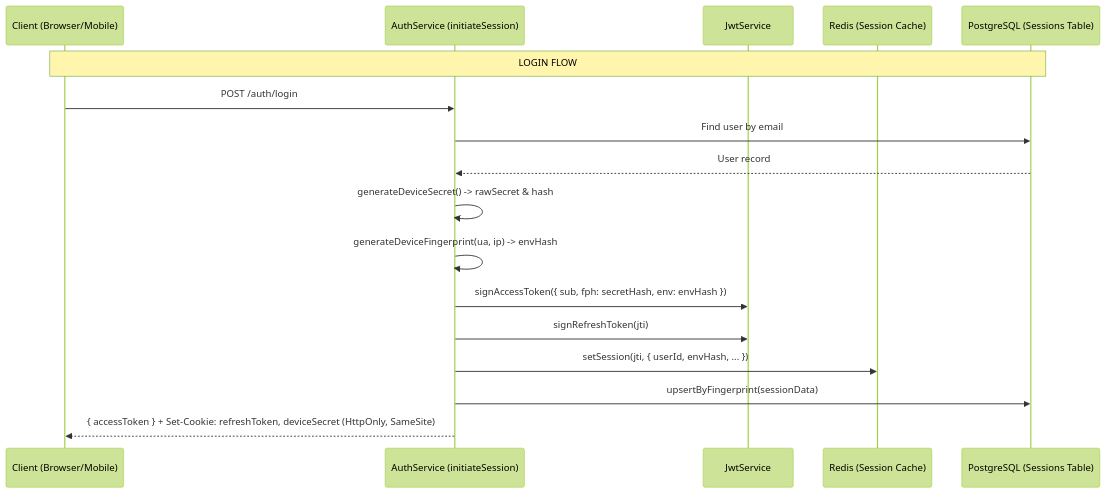
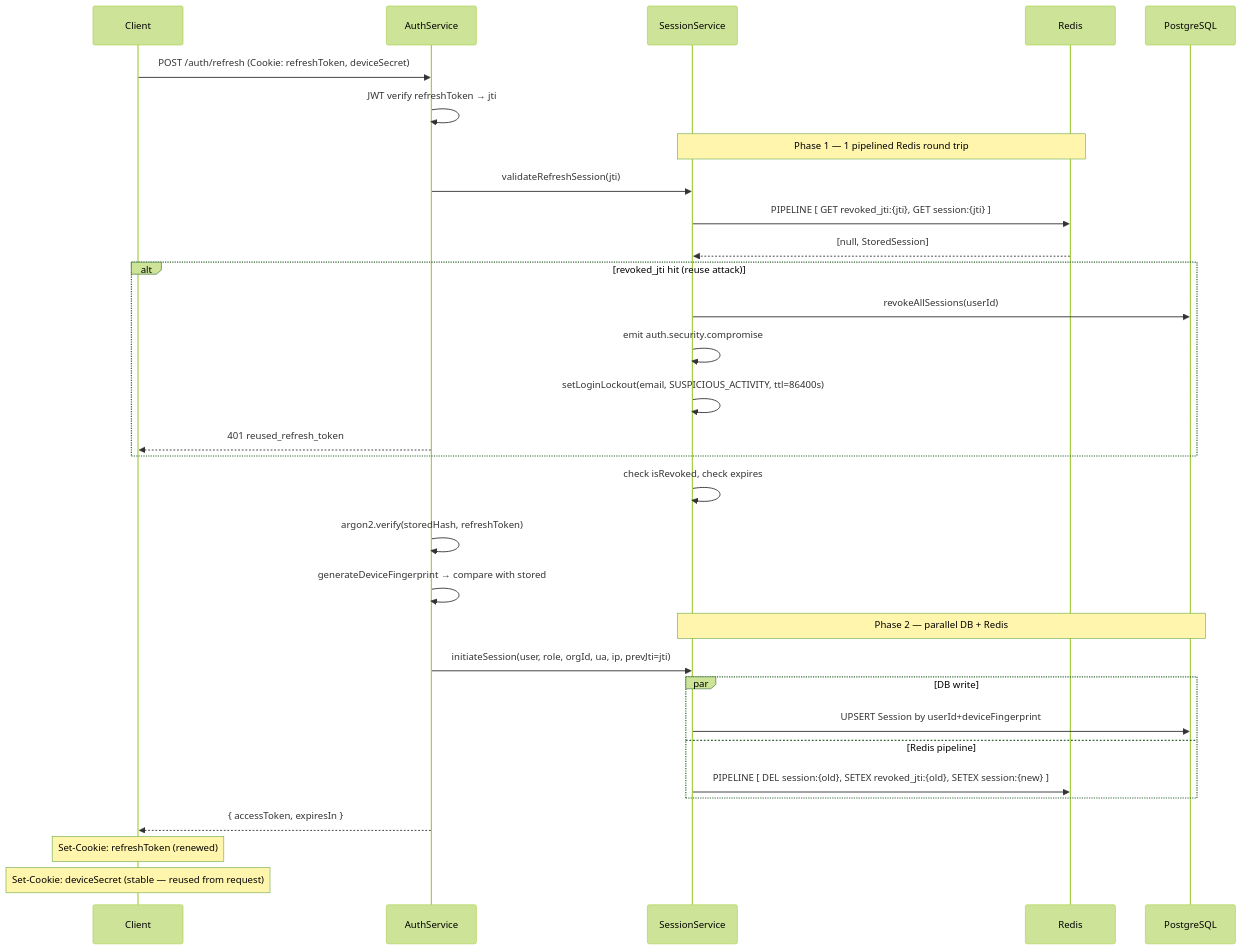
Before and after one commit to itsferdiardiansa/ECommerce-Stats: the second of 5 diagrams in apps/api/docs/auth.md, drawn with Mermaid (forest theme). The commit also changed other lines of this file and 8 other files, not shown here.

First line of the commit message:
perf(auth): optimize refresh token flow to reduce db and redis i/o

````diff
--- a/apps/api/docs/auth.md
+++ b/apps/api/docs/auth.md
@@ -65,20 +236,39 @@
 ```mermaid
 sequenceDiagram
-    participant Client as Client (Browser/Mobile)
-    participant Auth as AuthService (initiateSession)
-    participant JWT as JwtService
-    participant Redis as Redis (Session Cache)
-    participant DB as PostgreSQL (Sessions Table)
+    participant Client as Client
+    participant Auth as AuthService
+    participant SS as SessionService
+    participant Redis
+    participant DB as PostgreSQL
 
-    Note over Client, DB: LOGIN FLOW
-    Client->>Auth: POST /auth/login
-    Auth->>DB: Find user by email
-    DB-->>Auth: User record
-    Auth->>Auth: generateDeviceSecret() -> rawSecret & hash
-    Auth->>Auth: generateDeviceFingerprint(ua, ip) -> envHash
-    Auth->>JWT: signAccessToken({ sub, fph: secretHash, env: envHash })
-    Auth->>JWT: signRefreshToken(jti)
-    Auth->>Redis: setSession(jti, { userId, envHash, ... })
-    Auth->>DB: upsertByFingerprint(sessionData)
-    Auth-->>Client: { accessToken } + Set-Cookie: refreshToken, deviceSecret (HttpOnly, SameSite)
+    Client->>Auth: POST /auth/refresh (Cookie: refreshToken, deviceSecret)
+    Auth->>Auth: JWT verify refreshToken → jti
+
+    Note over SS,Redis: Phase 1 — 1 pipelined Redis round trip
+    Auth->>SS: validateRefreshSession(jti)
+    SS->>Redis: PIPELINE [ GET revoked_jti:{jti}, GET session:{jti} ]
+    Redis-->>SS: [null, StoredSession]
+
+    alt revoked_jti hit (reuse attack)
+        SS->>DB: revokeAllSessions(userId)
+        SS->>SS: emit auth.security.compromise
+        SS->>SS: setLoginLockout(email, SUSPICIOUS_ACTIVITY, ttl=86400s)
+        Auth-->>Client: 401 reused_refresh_token
+    end
+
+    SS->>SS: check isRevoked, check expires
+    Auth->>Auth: argon2.verify(storedHash, refreshToken)
+    Auth->>Auth: generateDeviceFingerprint → compare with stored
+
+    Note over SS,DB: Phase 2 — parallel DB + Redis
+    Auth->>SS: initiateSession(user, role, orgId, ua, ip, prevJti=jti)
+    par DB write
+        SS->>DB: UPSERT Session by userId+deviceFingerprint
+    and Redis pipeline
+        SS->>Redis: PIPELINE [ DEL session:{old}, SETEX revoked_jti:{old}, SETEX session:{new} ]
+    end
+
+    Auth-->>Client: { accessToken, expiresIn }
+    Note over Client: Set-Cookie: refreshToken (renewed)
+    Note over Client: Set-Cookie: deviceSecret  (stable — reused from request)
 ```
````
